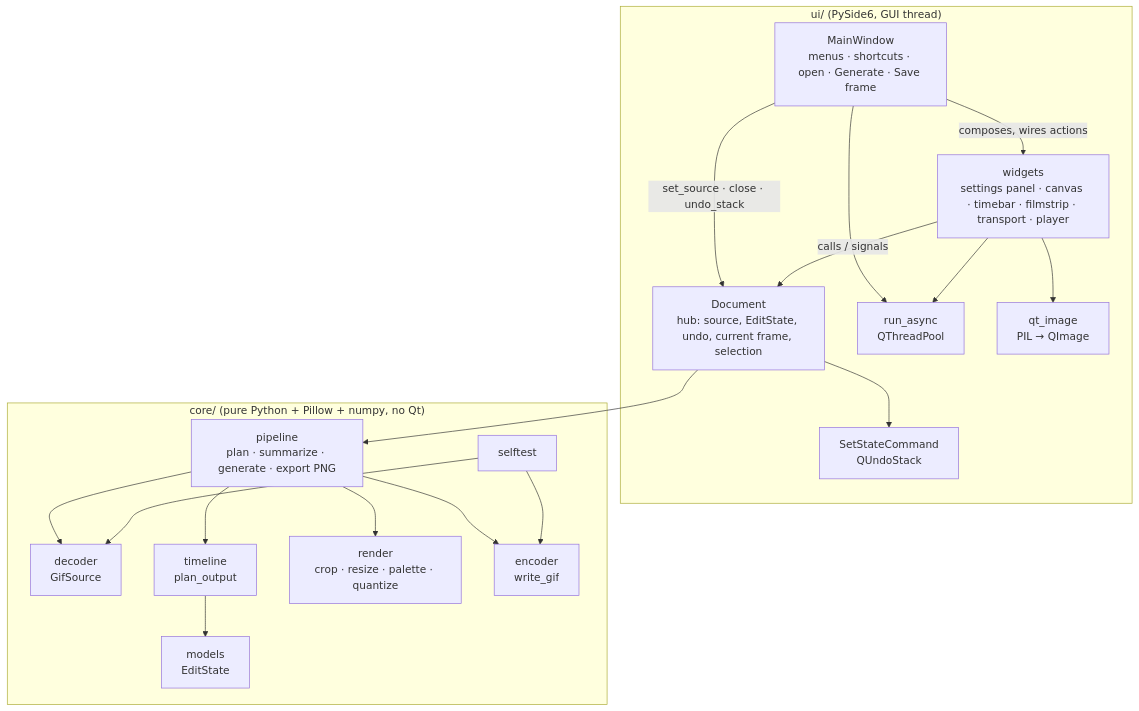
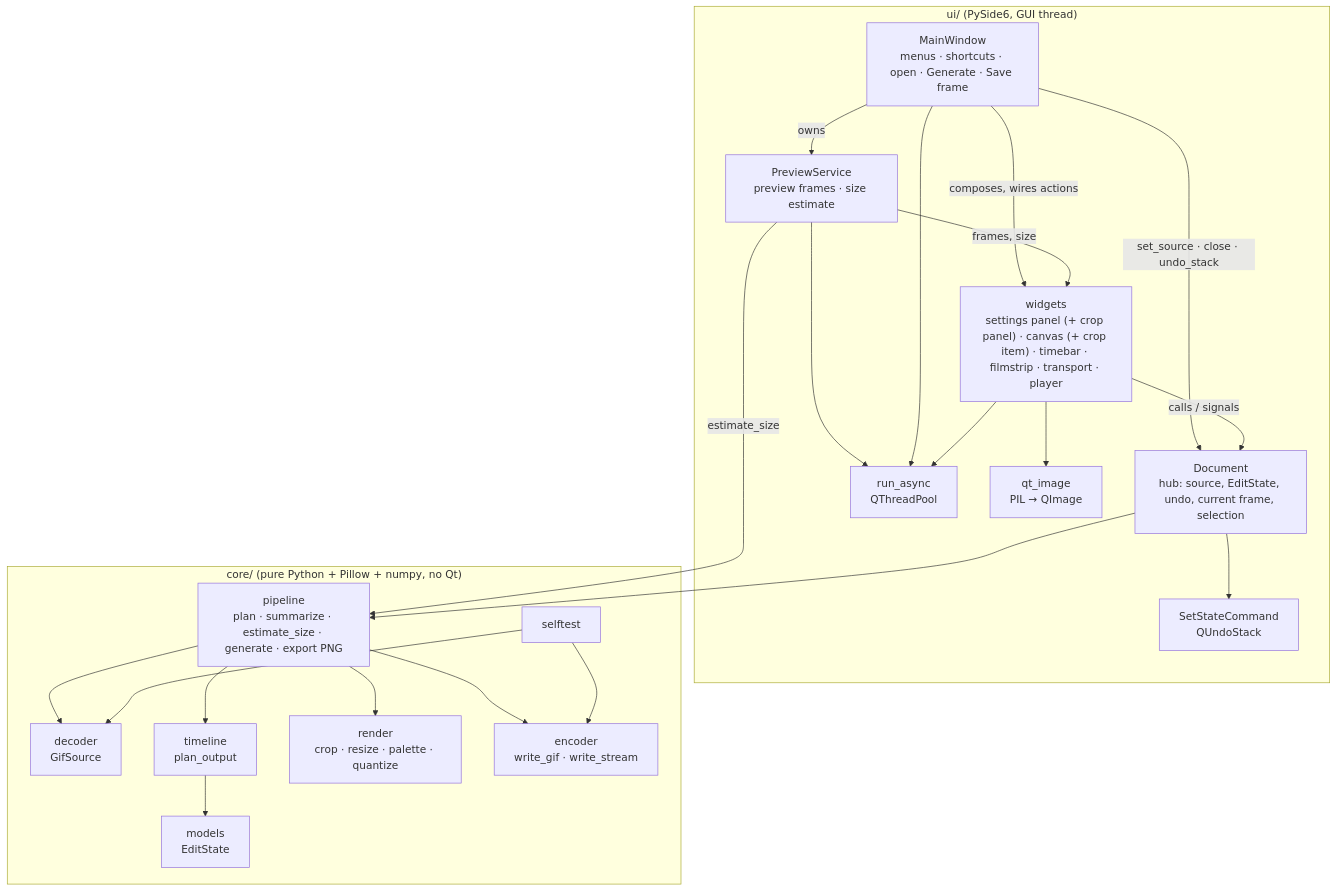
Before and after one commit to ErmanKan/EGPlease: the first of 5 diagrams in docs/03-architecture.md, drawn with Mermaid. The commit also changed other lines of this file and 6 other files, not shown here.

Commit message:
docs: Milestone 3 architecture, dev log, README, AGENTS interfaces and RESUME-HERE

````diff
--- a/docs/03-architecture.md
+++ b/docs/03-architecture.md
@@ -7,31 +7,36 @@
 ```mermaid
 flowchart TB
     subgraph UI["ui/ (PySide6, GUI thread)"]
         MW["MainWindow<br/>menus · shortcuts · open · Generate · Save frame"]
-        W["widgets<br/>settings panel · canvas · timebar · filmstrip · transport · player"]
+        W["widgets<br/>settings panel (+ crop panel) · canvas (+ crop item) · timebar · filmstrip · transport · player"]
+        PS["PreviewService<br/>preview frames · size estimate"]
         DOC[Document<br/>hub: source, EditState, undo, current frame, selection]
         CMD[SetStateCommand<br/>QUndoStack]
         WK[run_async<br/>QThreadPool]
         QI[qt_image<br/>PIL → QImage]
     end
     subgraph CORE["core/ (pure Python + Pillow + numpy, no Qt)"]
         MOD[models<br/>EditState]
         DEC[decoder<br/>GifSource]
         TL[timeline<br/>plan_output]
         REN[render<br/>crop · resize · palette · quantize]
-        ENC[encoder<br/>write_gif]
-        PIPE[pipeline<br/>plan · summarize · generate · export PNG]
+        ENC[encoder<br/>write_gif · write_stream]
+        PIPE[pipeline<br/>plan · summarize · estimate_size · generate · export PNG]
         ST[selftest]
     end
     MW -->|composes, wires actions| W
+    MW -->|owns| PS
+    PS -->|frames, size| W
+    PS --> WK
+    PS -->|estimate_size| PIPE
     MW -->|set_source · close · undo_stack| DOC
     W -->|calls / signals| DOC
     MW --> WK
     DOC --> CMD
     W --> WK
     W --> QI
     DOC --> PIPE
     PIPE --> TL & REN & ENC & DEC
     TL --> MOD
     ST --> ENC & DEC
 ```
````
